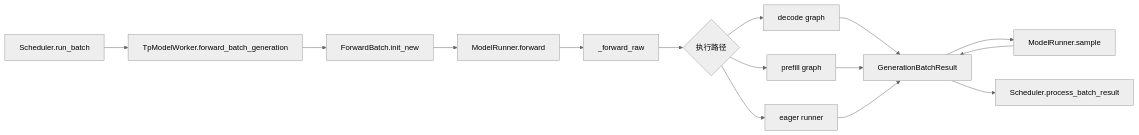
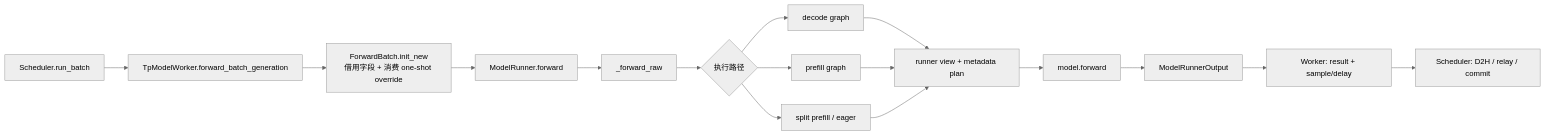
The diagram in sglang_reading/模型执行/ModelRunner/SGLang-ModelRunner.md (OnlyHero5/sglang-reading-vault), drawn with Mermaid (neutral theme) before and after one commit. The commit also changed other lines of this file and 512 other files, not shown here.

````diff
--- a/sglang_reading/模型执行/ModelRunner/SGLang-ModelRunner.md
+++ b/sglang_reading/模型执行/ModelRunner/SGLang-ModelRunner.md
@@ -33,22 +33,23 @@
 ```mermaid
 flowchart LR
   A["Scheduler.run_batch"]
   B["TpModelWorker.forward_batch_generation"]
-  C["ForwardBatch.init_new"]
+  C["ForwardBatch.init_new<br/>借用字段 + 消费 one-shot override"]
   D["ModelRunner.forward"]
   E["_forward_raw"]
   F{"执行路径"}
   G["decode graph"]
   H["prefill graph"]
-  I["eager runner"]
-  J["ModelRunner.sample"]
-  K["GenerationBatchResult"]
-  L["Scheduler.process_batch_result"]
+  I["split prefill / eager"]
+  J["runner view + metadata plan"]
+  K["model.forward"]
+  L["ModelRunnerOutput"]
+  M["Worker: result + sample/delay"]
+  N["Scheduler: D2H / relay / commit"]
 
   A --> B --> C --> D --> E --> F
-  F --> G --> K
-  F --> H --> K
-  F --> I --> K
-  K --> J
-  J --> K --> L
+  F --> G --> J
+  F --> H --> J
+  F --> I --> J
+  J --> K --> L --> M --> N
 ```
````
